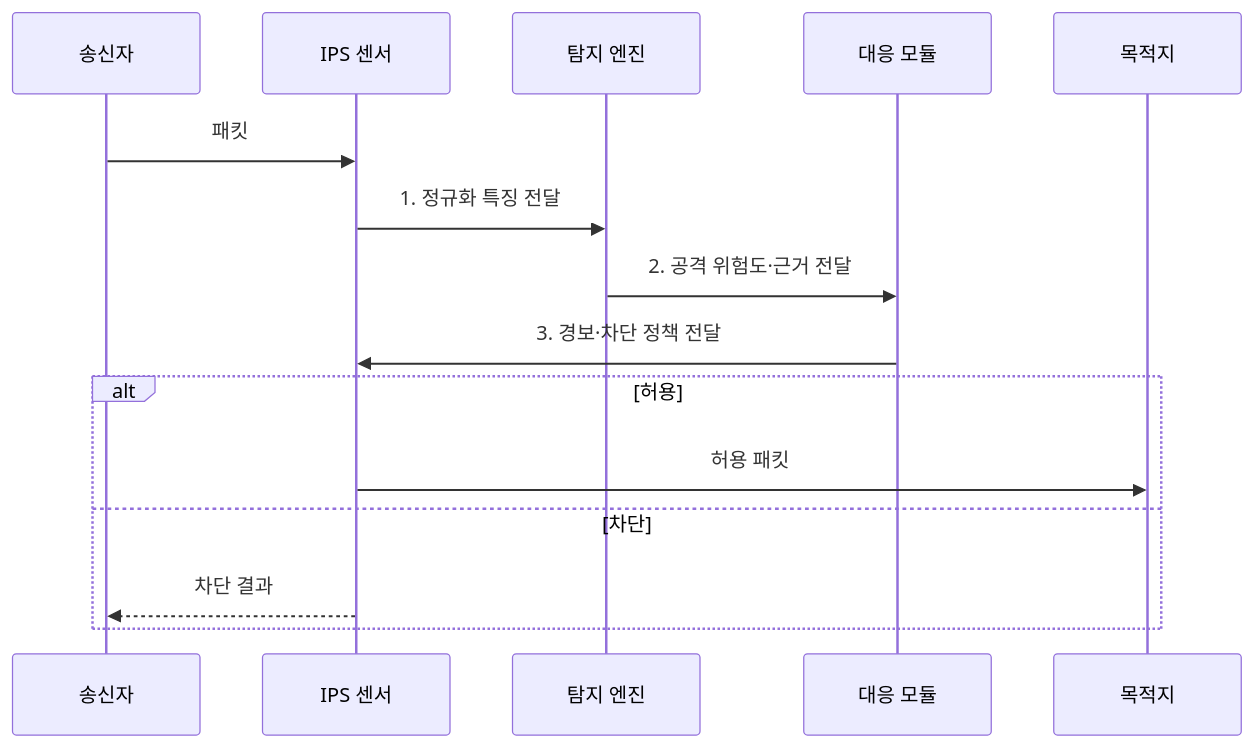
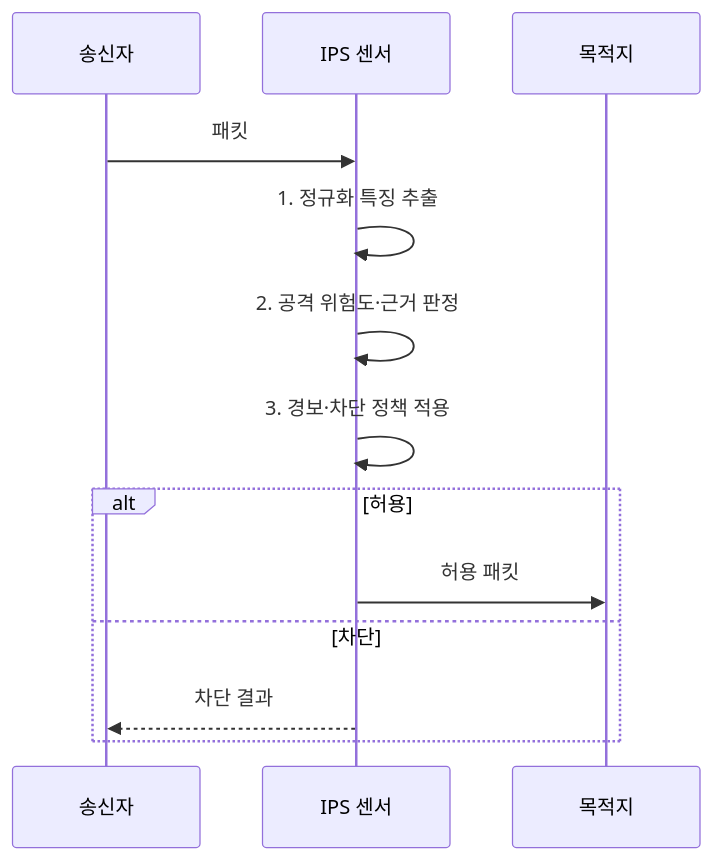
Before and after one commit to agnusdei1207/knowledge-base: the second of 2 diagrams in src/content/docs/notes/05-security/023_ids_ips.md, drawn with Mermaid. The commit also changed 8 other files, not shown here.

Commit message:
Simplify security operations sequences

````diff
--- a/src/content/docs/notes/05-security/023_ids_ips.md
+++ b/src/content/docs/notes/05-security/023_ids_ips.md
@@ -101,17 +101,15 @@
 ```mermaid
 sequenceDiagram
     participant S as 송신자
     participant I as IPS 센서
-    participant E as 탐지 엔진
-    participant R as 대응 모듈
     participant D as 목적지
     S->>I: 패킷
-    I->>E: 1. 정규화 특징 전달
-    E->>R: 2. 공격 위험도·근거 전달
-    R->>I: 3. 경보·차단 정책 전달
+    I->>I: 1. 정규화 특징 추출
+    I->>I: 2. 공격 위험도·근거 판정
+    I->>I: 3. 경보·차단 정책 적용
     alt 허용
         I->>D: 허용 패킷
     else 차단
         I-->>S: 차단 결과
     end
 ```
````
